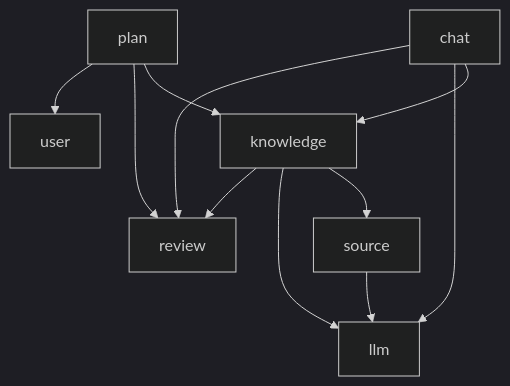
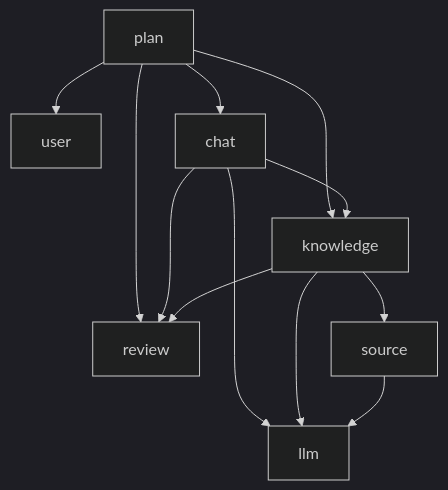
Before and after one commit to lemon111345/wengu-learn: the second of 2 diagrams in docs/tech-design.md, drawn with Mermaid (dark theme). The commit also changed other lines of this file and 3 other files, not shown here.

Commit message:
docs: 决策 025 学习会话与流式对话；决策 002 增加 plan → chat；技术方案补会话接口、表结构、prompt v3 和关键决策，划掉已实现的需求；README 补学习对话的实连测试（#19）

````diff
--- a/docs/tech-design.md
+++ b/docs/tech-design.md
@@ -68,13 +68,14 @@
 ```mermaid
 flowchart TB
     plan --> knowledge
     plan --> review
     plan --> user
+    plan --> chat
     chat --> knowledge
     chat --> llm
     chat --> review
     knowledge --> source
     knowledge --> llm
     knowledge --> review
     source --> llm
 ```
````
